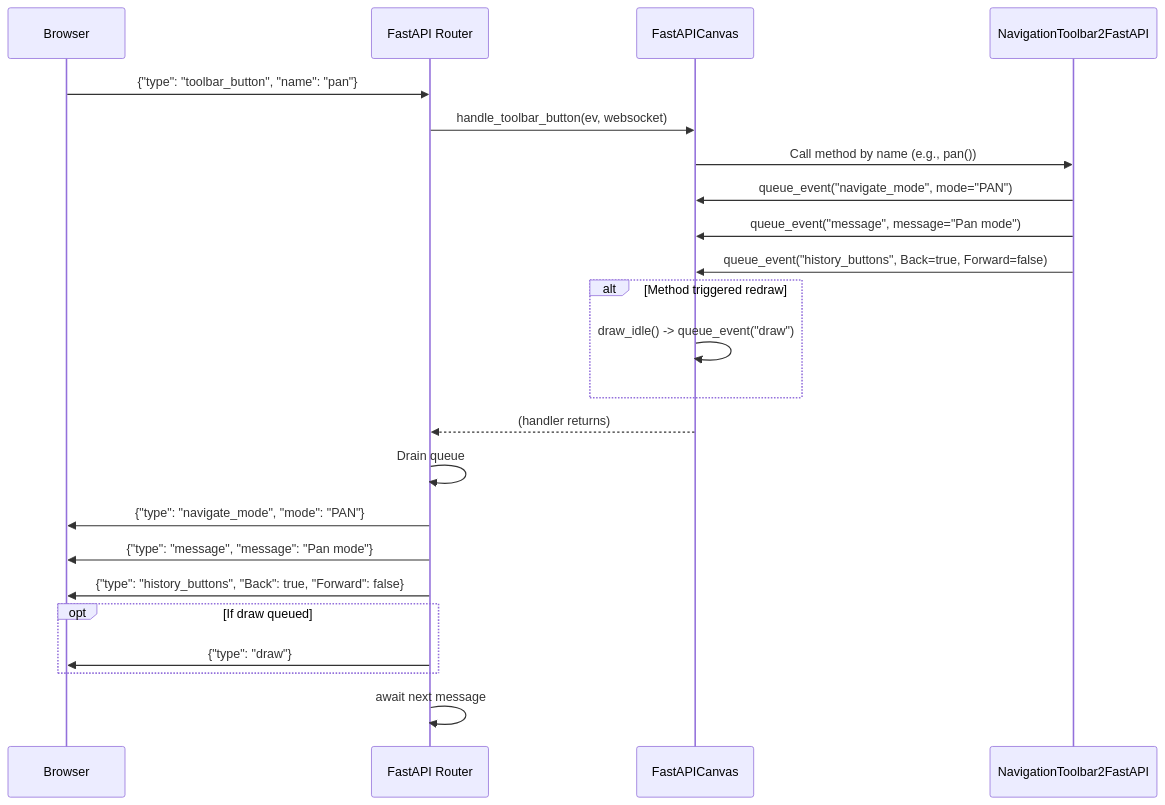
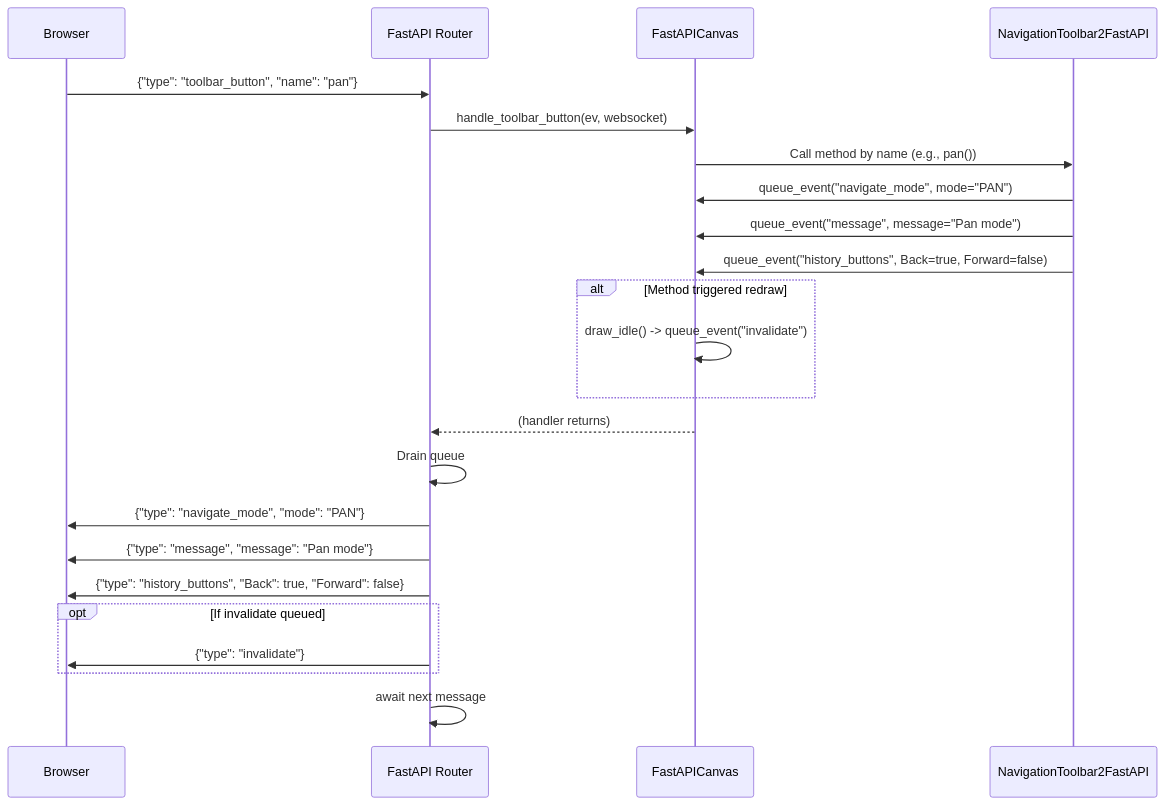
The seventh of 12 diagrams in docs/websocket-protocol.md (tacaswell/matplotlib-fastapi), drawn with Mermaid before and after one commit. The commit also changed other lines of this file and 4 other files, not shown here.

````diff
--- a/docs/websocket-protocol.md
+++ b/docs/websocket-protocol.md
@@ -300,26 +295,26 @@
 ```mermaid
 sequenceDiagram
     participant Client as Browser
     participant Router as FastAPI Router
     participant Backend as FastAPICanvas
     participant Toolbar as NavigationToolbar2FastAPI
 
     Client->>Router: {"type": "toolbar_button", "name": "pan"}
     Router->>Backend: handle_toolbar_button(ev, websocket)
     Backend->>Toolbar: Call method by name (e.g., pan())
     Toolbar->>Backend: queue_event("navigate_mode", mode="PAN")
     Toolbar->>Backend: queue_event("message", message="Pan mode")
     Toolbar->>Backend: queue_event("history_buttons", Back=true, Forward=false)
     alt Method triggered redraw
-        Backend->>Backend: draw_idle() -> queue_event("draw")
+        Backend->>Backend: draw_idle() -> queue_event("invalidate")
     end
     Backend-->>Router: (handler returns)
     Router->>Router: Drain queue
     Router->>Client: {"type": "navigate_mode", "mode": "PAN"}
     Router->>Client: {"type": "message", "message": "Pan mode"}
     Router->>Client: {"type": "history_buttons", "Back": true, "Forward": false}
-    opt If draw queued
-        Router->>Client: {"type": "draw"}
+    opt If invalidate queued
+        Router->>Client: {"type": "invalidate"}
     end
     Router->>Router: await next message
 ```
````
